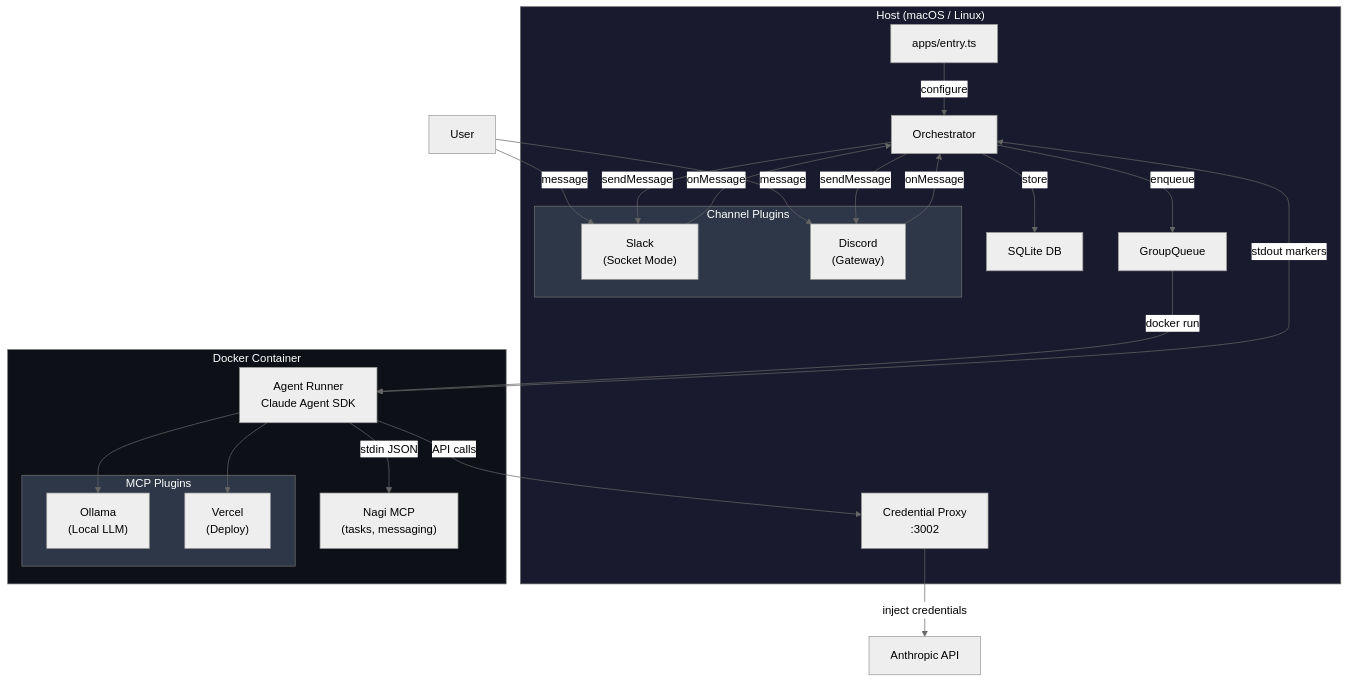
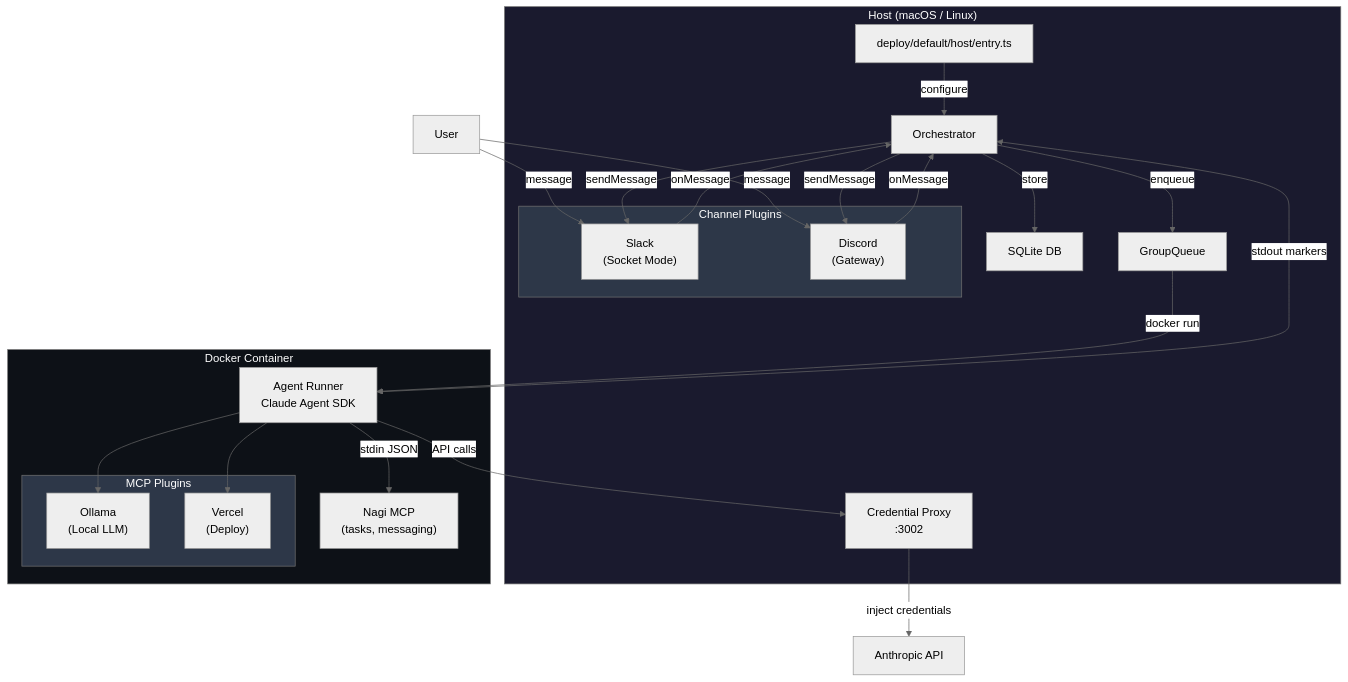
Before and after one commit to yukihirop/nagi: the first of 3 diagrams in docs/architecture.md, drawn with Mermaid (neutral theme). The commit also changed other lines of this file and 92 other files, not shown here.

First line of the commit message:
Consolidate entry.ts into deploy/ and rename apps/ to host/ (#12)

````diff
--- a/docs/architecture.md
+++ b/docs/architecture.md
@@ -5,43 +5,43 @@
 ```mermaid
 graph TB
     subgraph Host["Host (macOS / Linux)"]
-        Entry["apps/entry.ts"]
+        Entry["deploy/default/host/entry.ts"]
         Orch["Orchestrator"]
         Proxy["Credential Proxy<br/>:3002"]
         DB["SQLite DB"]
         Queue["GroupQueue"]
 
         subgraph Channels["Channel Plugins"]
             Slack["Slack<br/>(Socket Mode)"]
             Discord["Discord<br/>(Gateway)"]
         end
     end
 
     subgraph Docker["Docker Container"]
         Agent["Agent Runner<br/>Claude Agent SDK"]
         IPC_MCP["Nagi MCP<br/>(tasks, messaging)"]
 
         subgraph MCP["MCP Plugins"]
             Ollama["Ollama<br/>(Local LLM)"]
             Vercel["Vercel<br/>(Deploy)"]
         end
     end
 
     User["User"] -->|message| Slack & Discord
     Slack & Discord -->|onMessage| Orch
     Orch -->|store| DB
     Orch -->|enqueue| Queue
     Queue -->|docker run| Agent
     Agent -->|stdin JSON| IPC_MCP
     Agent <-->|stdout markers| Orch
     Agent --> Ollama & Vercel
     Agent -->|API calls| Proxy
     Proxy -->|inject credentials| API["Anthropic API"]
     Orch -->|sendMessage| Slack & Discord
     Entry -->|configure| Orch
 
     style Host fill:#1a1a2e,color:#fff
     style Docker fill:#0d1117,color:#fff
     style Channels fill:#2d3748,color:#fff
     style MCP fill:#2d3748,color:#fff
 ```
````
